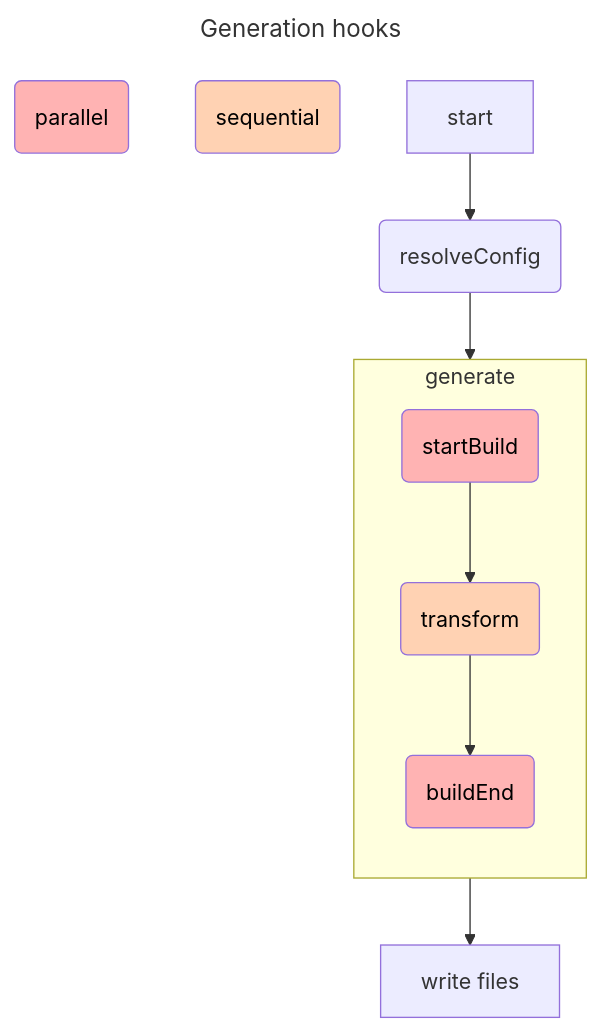
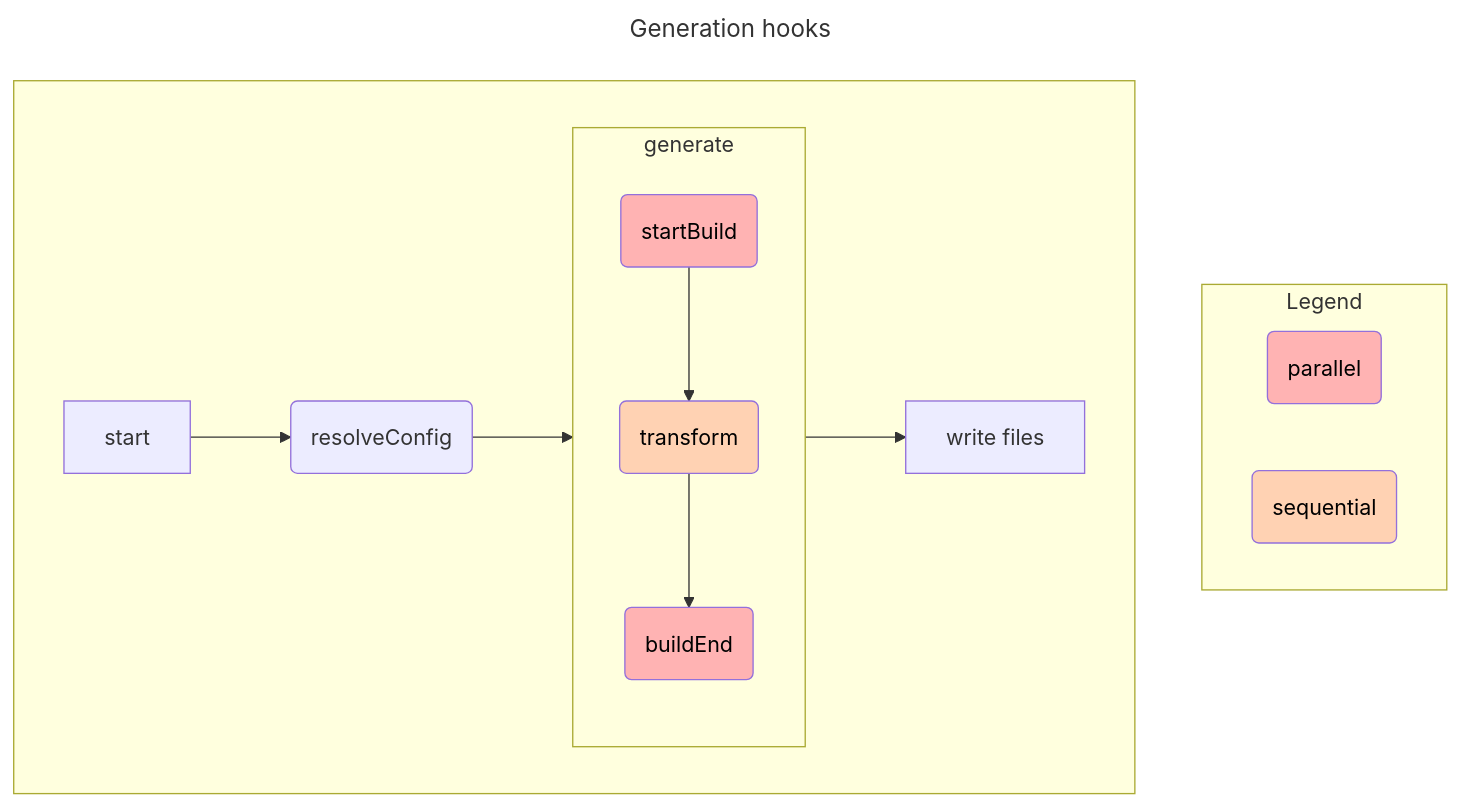
Before and after one commit to gsoft-inc/wl-openapi-typescript: the diagram in docs/src/using-plugins.md, drawn with Mermaid. The commit also changed other lines of this file and 3 other files, not shown here.

````diff
--- a/docs/src/using-plugins.md
+++ b/docs/src/using-plugins.md
@@ -181,20 +185,24 @@
 ```mermaid
 ---
 title: Generation hooks
 ---
 flowchart TB
     classDef parallel fill:#FFB3B3,color:black
     classDef sequential fill:#FFD2B3,color:black
 
-    parallel(parallel):::parallel 
-    sequential(sequential):::sequential 
+    subgraph Legend
+        parallel(parallel):::parallel 
+        sequential(sequential):::sequential 
+    end 
 
     subgraph generate
         direction TB
         gen_A(startBuild):::parallel 
         --> gen_B(transform):::sequential
         --> gen_C(buildEnd):::parallel
     end
 
-    A[start] --> B(resolveConfig) --> generate  --> E[write files]
+    subgraph &nbsp;
+        A[start] --> B(resolveConfig) --> generate  --> E[write files]
+    end
 ```
````
